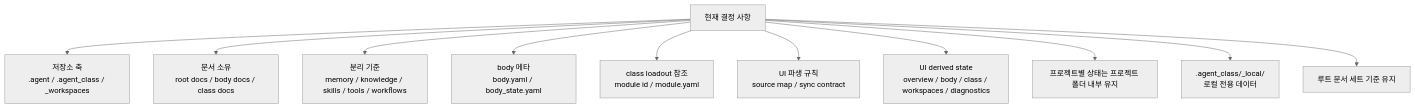
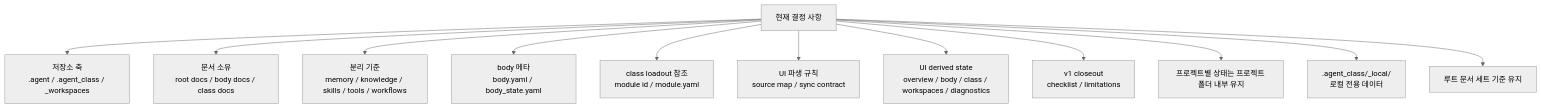
Before and after one commit to SungYongMOON/soulforge: the diagram in docs/architecture/CURRENT_DECISIONS.md, drawn with Mermaid (neutral theme). The commit also changed other lines of this file and 14 other files, not shown here.

````diff
--- a/docs/architecture/CURRENT_DECISIONS.md
+++ b/docs/architecture/CURRENT_DECISIONS.md
@@ -5,13 +5,14 @@
 ```mermaid
 flowchart TD
   D["현재 결정 사항"] --> S["저장소 축<br/>.agent / .agent_class / _workspaces"]
   D --> O["문서 소유<br/>root docs / body docs / class docs"]
   D --> M["분리 기준<br/>memory / knowledge / skills / tools / workflows"]
   D --> B["body 메타<br/>body.yaml / body_state.yaml"]
   D --> C2["class loadout 참조<br/>module id / module.yaml"]
   D --> U["UI 파생 규칙<br/>source map / sync contract"]
   D --> UD["UI derived state<br/>overview / body / class / workspaces / diagnostics"]
+  D --> VC["v1 closeout<br/>checklist / limitations"]
   D --> P["프로젝트별 상태는 프로젝트 폴더 내부 유지"]
   D --> L[".agent_class/_local/<br/>로컬 전용 데이터"]
   D --> R["루트 문서 세트 기준 유지"]
 ```
````
